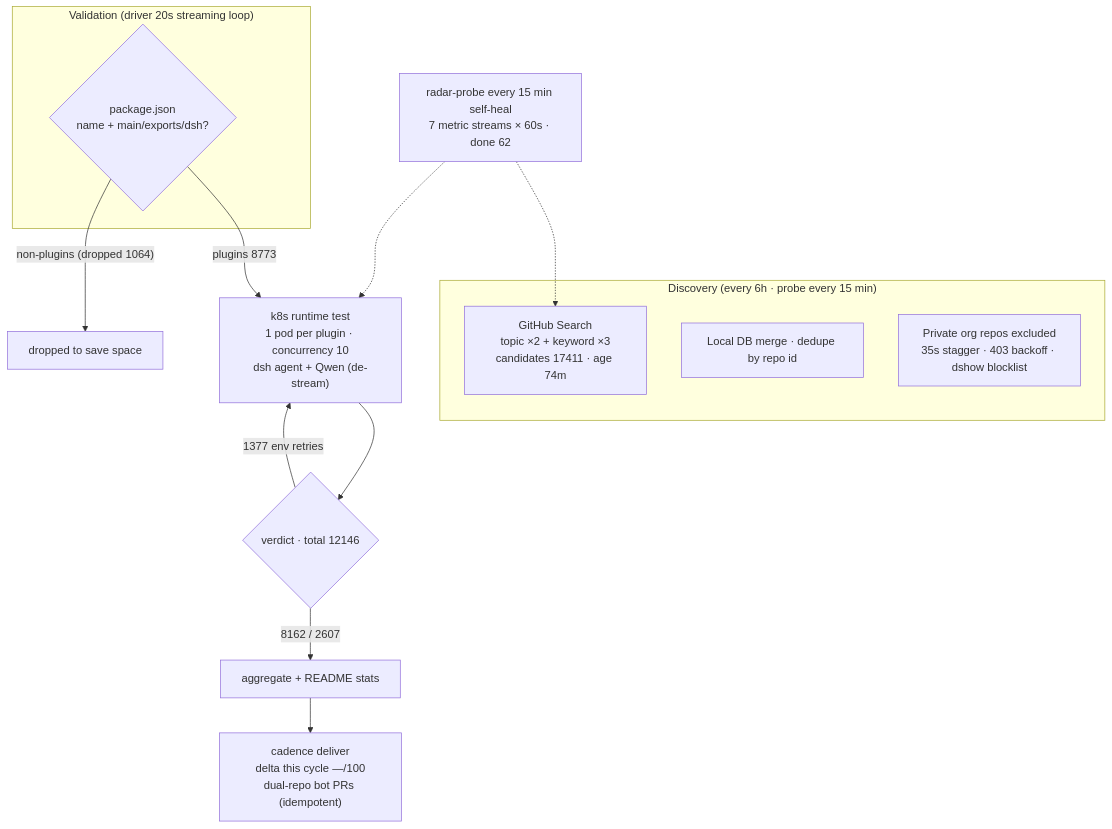
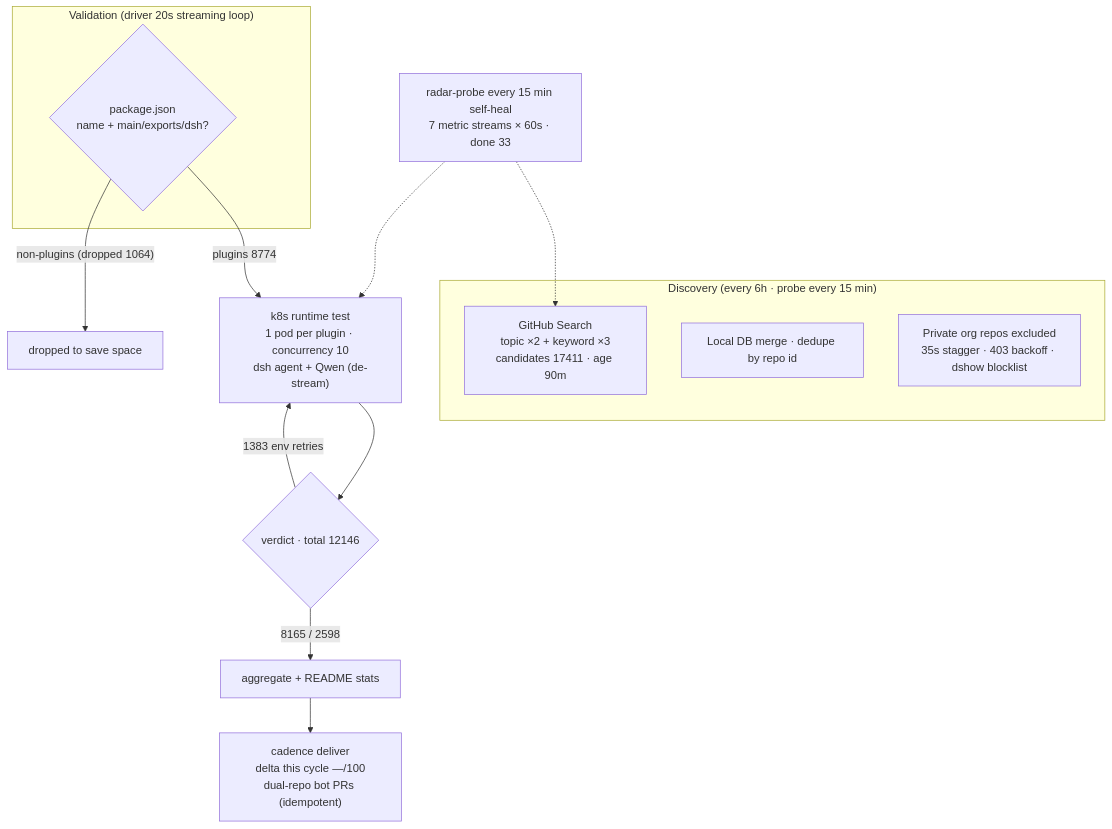
The diagram in README.en-US.md (AdamPlatin123/awesome-dsh-plugins), drawn with Mermaid before and after one commit. The commit also changed other lines of this file and 5 other files, not shown here.

````diff
--- a/README.en-US.md
+++ b/README.en-US.md
@@ -45,20 +45,20 @@
 ```mermaid
 flowchart TB
     subgraph Discovery["Discovery (every 6h · probe every 15 min)"]
-        A1["GitHub Search<br/>topic ×2 + keyword ×3<br/>candidates 17411 · age 74m"]
+        A1["GitHub Search<br/>topic ×2 + keyword ×3<br/>candidates 17411 · age 90m"]
         A2["Local DB merge · dedupe by repo id"]
         A3["Private org repos excluded<br/>35s stagger · 403 backoff · dshow blocklist"]
     end
     subgraph Validation["Validation (driver 20s streaming loop)"]
         B1{"package.json<br/>name + main/exports/dsh?"}
     end
-    B1 -->|"plugins 8773"| C1["k8s runtime test<br/>1 pod per plugin · concurrency 10<br/>dsh agent + Qwen (de-stream)"]
+    B1 -->|"plugins 8774"| C1["k8s runtime test<br/>1 pod per plugin · concurrency 10<br/>dsh agent + Qwen (de-stream)"]
     B1 -->|"non-plugins (dropped 1064)"| B3["dropped to save space"]
     C1 --> D1{"verdict · total 12146"}
-    D1 -->|"8162 / 2607"| E1["aggregate + README stats"]
-    D1 -->|"1377 env retries"| C1
+    D1 -->|"8165 / 2598"| E1["aggregate + README stats"]
+    D1 -->|"1383 env retries"| C1
     E1 --> E2["cadence deliver<br/>delta this cycle —/100<br/>dual-repo bot PRs (idempotent)"]
-    M["radar-probe every 15 min self-heal<br/>7 metric streams × 60s · done 62"]
+    M["radar-probe every 15 min self-heal<br/>7 metric streams × 60s · done 33"]
     M -.-> A1
     M -.-> C1
 ```
````
